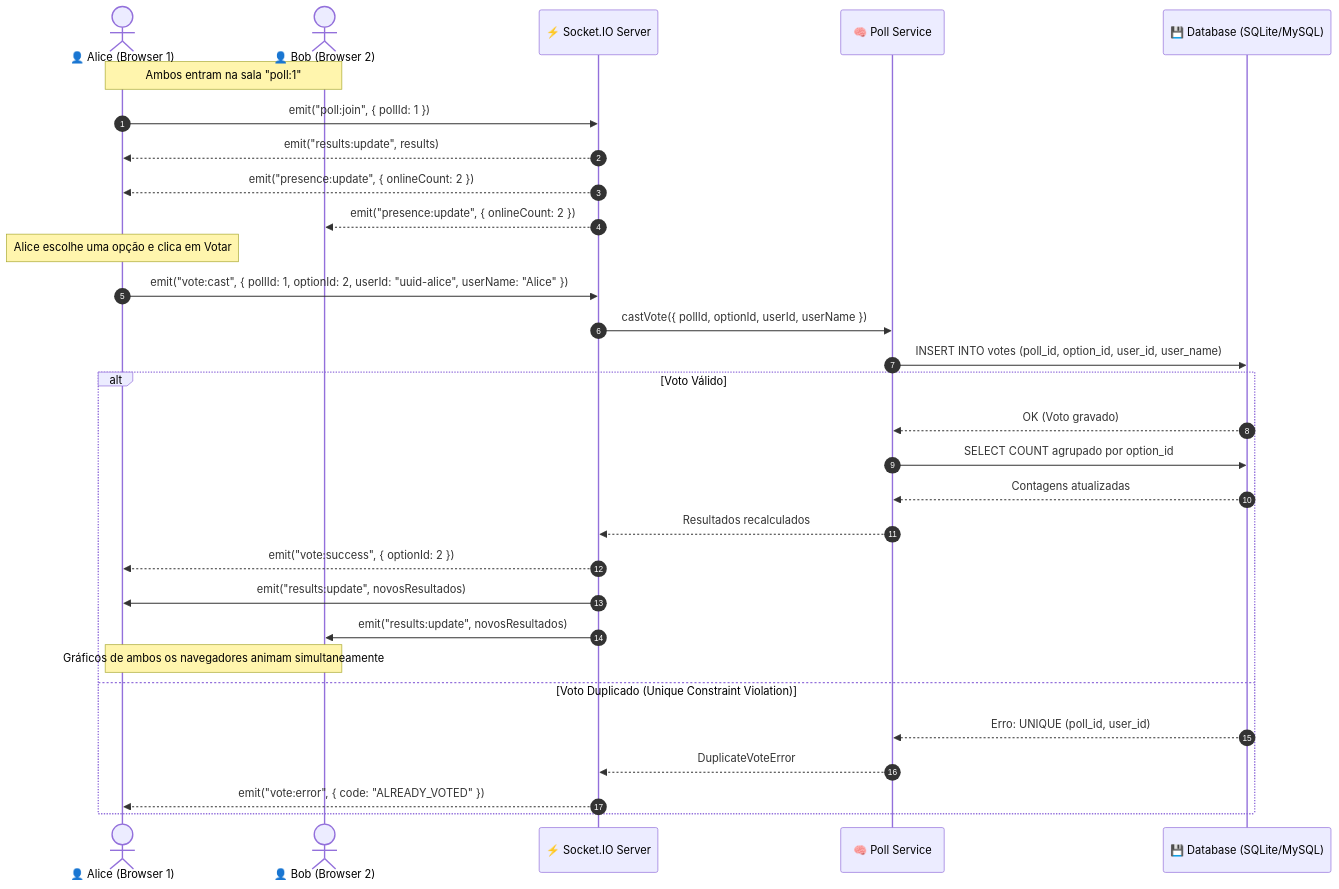
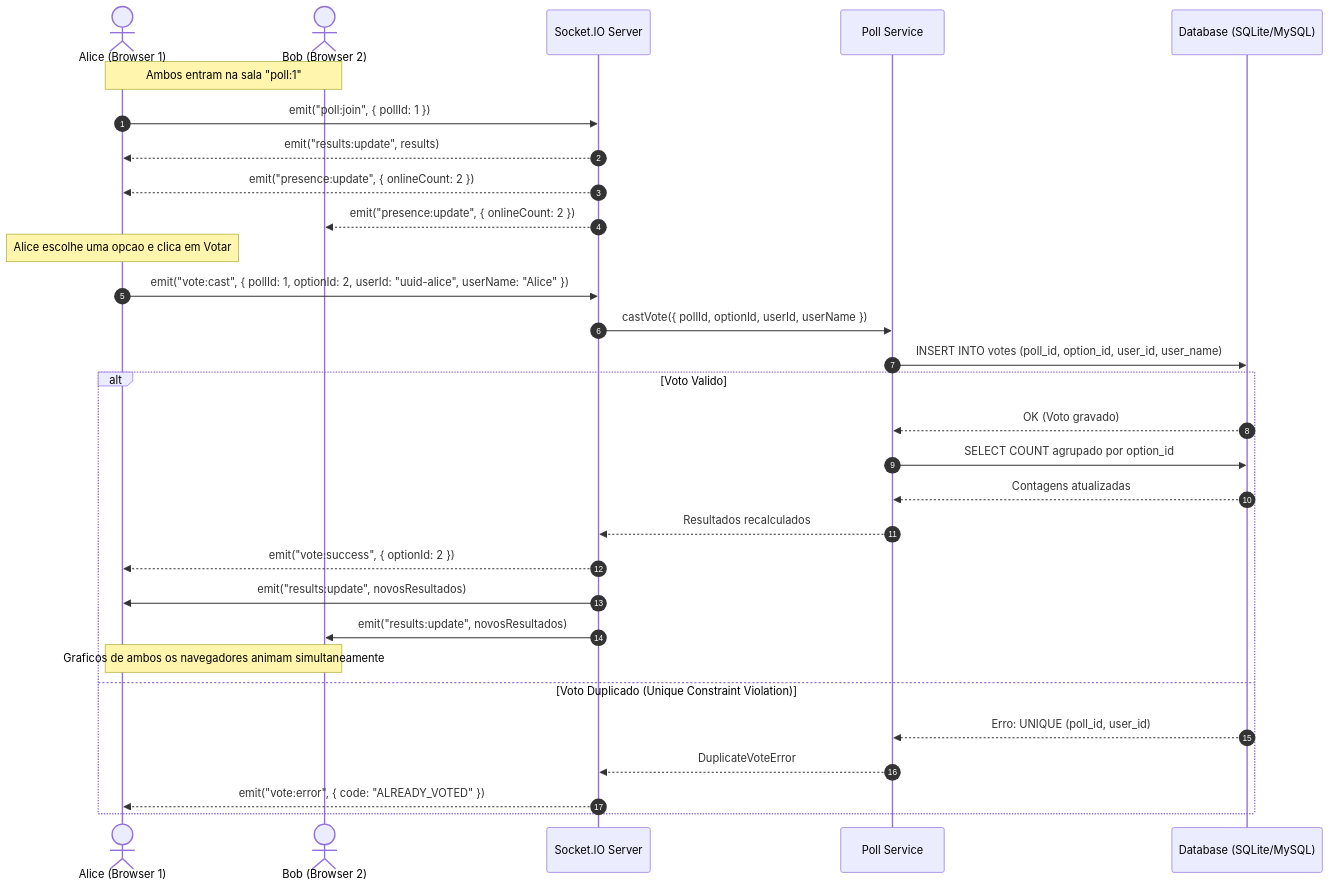
Before and after one commit to mozstream01-gif/Real-Time-Poll: the second of 3 diagrams in realtime-poll-full/README.md, drawn with Mermaid. The commit also changed other lines of this file and 8 other files, not shown here.

````diff
--- a/realtime-poll-full/README.md
+++ b/realtime-poll-full/README.md
@@ -78,35 +78,35 @@
 ```mermaid
 sequenceDiagram
     autonumber
-    actor Alice as 👤 Alice (Browser 1)
-    actor Bob as 👤 Bob (Browser 2)
-    participant Socket as ⚡ Socket.IO Server
-    participant Service as 🧠 Poll Service
-    participant DB as 💾 Database (SQLite/MySQL)
+    actor Alice as Alice (Browser 1)
+    actor Bob as Bob (Browser 2)
+    participant Socket as Socket.IO Server
+    participant Service as Poll Service
+    participant DB as Database (SQLite/MySQL)
 
     Note over Alice,Bob: Ambos entram na sala "poll:1"
     Alice->>Socket: emit("poll:join", { pollId: 1 })
     Socket-->>Alice: emit("results:update", results)
     Socket-->>Alice: emit("presence:update", { onlineCount: 2 })
     Socket-->>Bob: emit("presence:update", { onlineCount: 2 })
 
-    Note over Alice: Alice escolhe uma opção e clica em Votar
+    Note over Alice: Alice escolhe uma opcao e clica em Votar
     Alice->>Socket: emit("vote:cast", { pollId: 1, optionId: 2, userId: "uuid-alice", userName: "Alice" })
     Socket->>Service: castVote({ pollId, optionId, userId, userName })
     
     Service->>DB: INSERT INTO votes (poll_id, option_id, user_id, user_name)
-    alt Voto Válido
+    alt Voto Valido
         DB-->>Service: OK (Voto gravado)
         Service->>DB: SELECT COUNT agrupado por option_id
         DB-->>Service: Contagens atualizadas
         Service-->>Socket: Resultados recalculados
         Socket-->>Alice: emit("vote:success", { optionId: 2 })
         Socket->>Alice: emit("results:update", novosResultados)
         Socket->>Bob: emit("results:update", novosResultados)
-        Note over Alice,Bob: Gráficos de ambos os navegadores animam simultaneamente
+        Note over Alice,Bob: Graficos de ambos os navegadores animam simultaneamente
     else Voto Duplicado (Unique Constraint Violation)
         DB-->>Service: Erro: UNIQUE (poll_id, user_id)
         Service-->>Socket: DuplicateVoteError
         Socket-->>Alice: emit("vote:error", { code: "ALREADY_VOTED" })
     end
 ```
````
